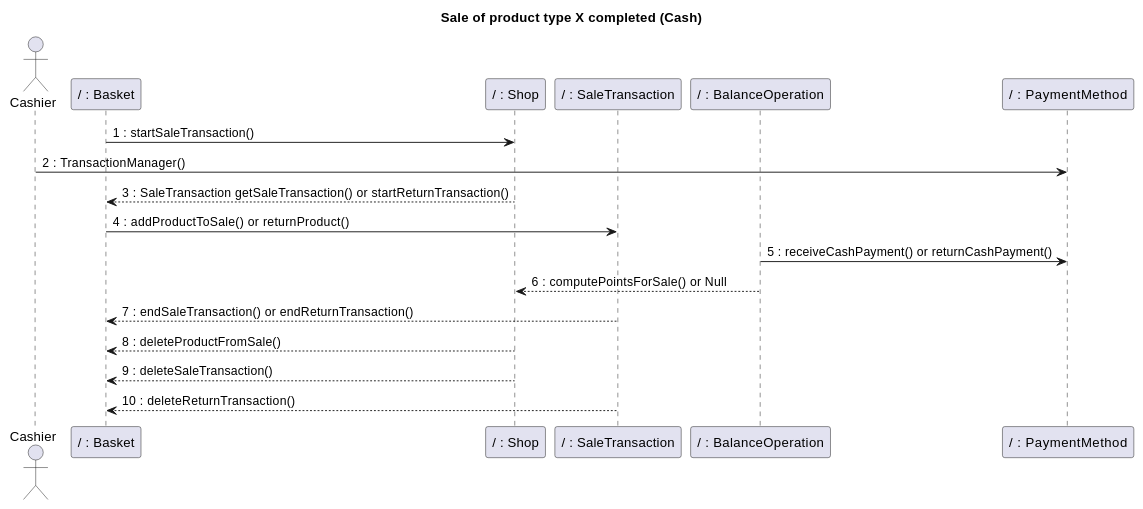
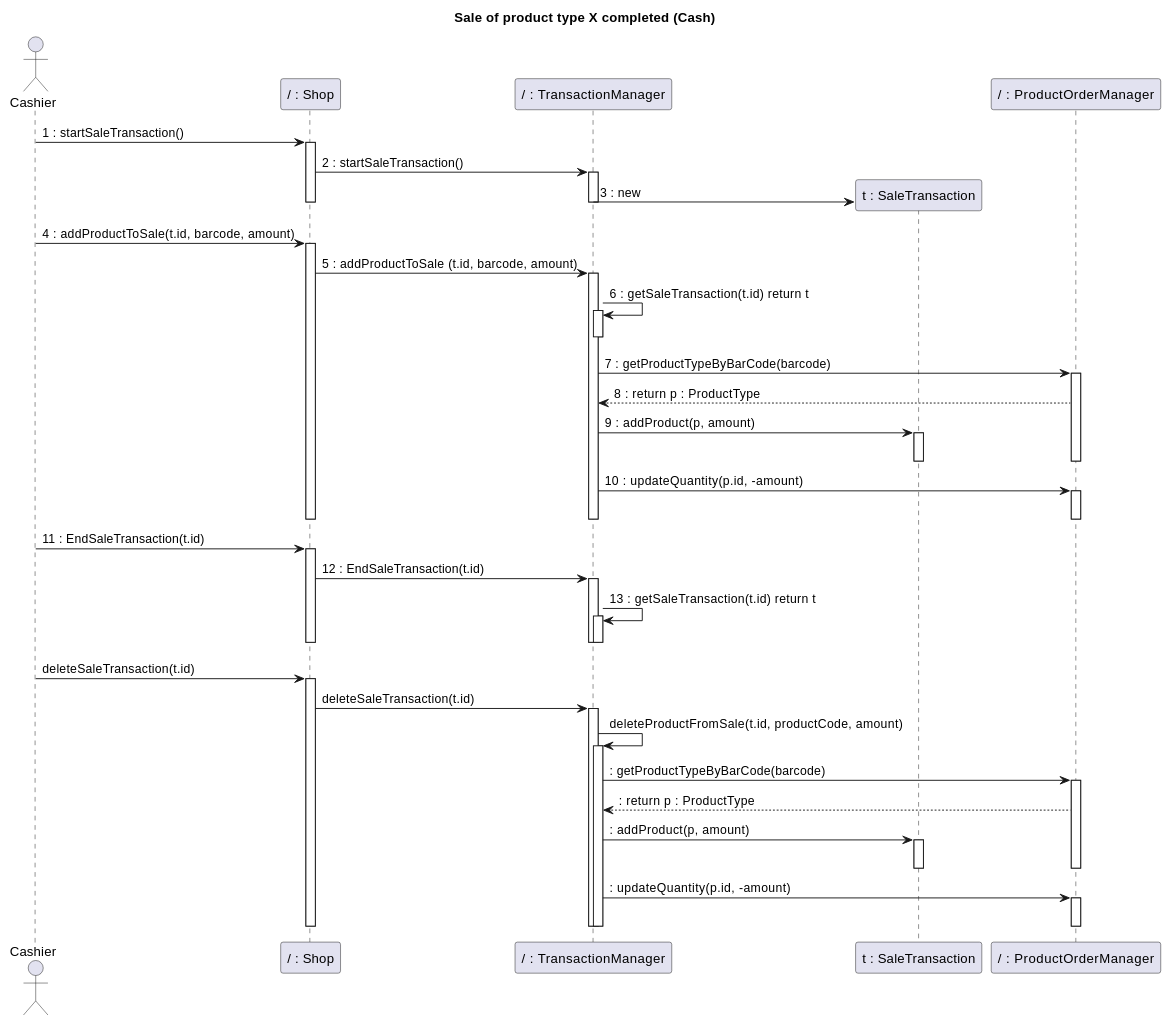
One commit to nicolabattaglino/ezshop changed diagram 25 of 30 in Deliverables/DesignDocument.md. Above: the diagram before and after it, drawn with PlantUML. The commit also changed other lines of this file and 1 other file, not shown here.

Commit message:
completed uc 6 (they miss only the payment)

````diff
--- a/Deliverables/DesignDocument.md
+++ b/Deliverables/DesignDocument.md
@@ -1250,28 +1343,81 @@
 ```plantuml
 @startuml
 
 title
 Sale of product type X completed (Cash)
 end title
 
 actor Cashier
 
-participant "/ : Basket" as Basket
 participant "/ : Shop" as Shop
-participant "/ : SaleTransaction" as SaleTransaction
-participant "/ : BalanceOperation" as BalanceOperation
-participant "/ : PaymentMethod" as PaymentMethod
+participant "/ : TransactionManager" as TransactionManager
+participant "t : SaleTransaction"  as SaleTransaction
+participant "/ : ProductOrderManager" as ProductOrderManager
 
-Basket -> Shop: 1 : startSaleTransaction()
-Cashier -> PaymentMethod: 2 : TransactionManager()
-Shop --> Basket: 3 : SaleTransaction getSaleTransaction() or startReturnTransaction()
-Basket ->  SaleTransaction: 4 : addProductToSale() or returnProduct()
-BalanceOperation -> PaymentMethod : 5 : receiveCashPayment() or returnCashPayment()
-BalanceOperation --> Shop: 6 : computePointsForSale() or Null
-SaleTransaction --> Basket: 7 : endSaleTransaction() or endReturnTransaction()
-Shop --> Basket : 8 : deleteProductFromSale()
-Shop --> Basket : 9 : deleteSaleTransaction()
-SaleTransaction --> Basket : 10 : deleteReturnTransaction() 
+Cashier -> Shop: 1 : startSaleTransaction()
+activate Shop
+Shop -> TransactionManager : 2 : startSaleTransaction()
+activate TransactionManager
+create SaleTransaction
+TransactionManager -> SaleTransaction: 3 : new
+deactivate TransactionManager
+deactivate Shop
+Cashier -> Shop : 4 : addProductToSale(t.id, barcode, amount)
+activate Shop
+Shop -> TransactionManager: 5 : addProductToSale (t.id, barcode, amount)
+ 
 
+activate TransactionManager
+TransactionManager -> TransactionManager: 6 : getSaleTransaction(t.id) return t
+activate TransactionManager
+deactivate TransactionManager
+TransactionManager -> ProductOrderManager: 7 : getProductTypeByBarCode(barcode)
+activate ProductOrderManager
+
+
+TransactionManager <-- ProductOrderManager : 8 : return p : ProductType
+
+TransactionManager -> SaleTransaction : 9 : addProduct(p, amount)
+activate SaleTransaction
+deactivate SaleTransaction
+deactivate ProductOrderManager
+TransactionManager -> ProductOrderManager: 10 : updateQuantity(p.id, -amount)
+activate ProductOrderManager
+deactivate ProductOrderManager
+deactivate TransactionManager
+deactivate Shop
+Cashier -> Shop : 11 : EndSaleTransaction(t.id)
+activate Shop
+Shop -> TransactionManager : 12 : EndSaleTransaction(t.id)
+activate TransactionManager
+TransactionManager -> TransactionManager : 13 : getSaleTransaction(t.id) return t
+activate TransactionManager
+deactivate TransactionManager
+deactivate TransactionManager
+deactivate Shop
+
+Cashier -> Shop : deleteSaleTransaction(t.id)
+activate Shop
+Shop -> TransactionManager : deleteSaleTransaction(t.id)
+activate TransactionManager
+TransactionManager -> TransactionManager : deleteProductFromSale(t.id, productCode, amount)
+activate TransactionManager
+TransactionManager -> ProductOrderManager:  : getProductTypeByBarCode(barcode)
+activate ProductOrderManager
+
+
+TransactionManager <-- ProductOrderManager :  : return p : ProductType
+
+TransactionManager -> SaleTransaction :  : addProduct(p, amount)
+activate SaleTransaction
+deactivate SaleTransaction
+deactivate ProductOrderManager
+TransactionManager -> ProductOrderManager:  : updateQuantity(p.id, -amount)
+activate ProductOrderManager
+deactivate ProductOrderManager
+deactivate TransactionManager
+
+deactivate TransactionManager
+deactivate Shop
 @enduml
 ```
````
